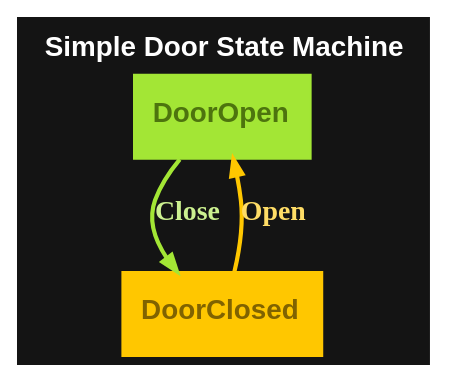
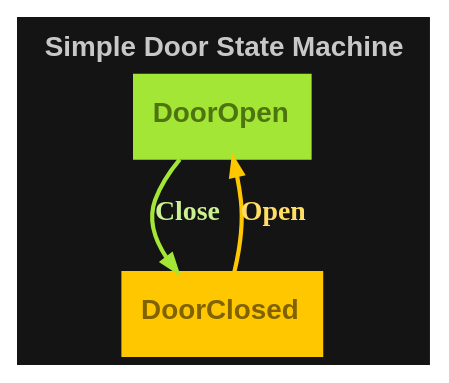
Before and after one commit to m-bock/purescript-transit: the diagram in graphs/simple-door-dark.dot, drawn with Graphviz. The commit also changed 16 other files, not shown here.

Commit message:
Update README for improved clarity and consistency, enhancing descriptions of state machines and examples. Add new images and refine existing content to better illustrate concepts. Adjust graph themes for better visual representation in documentation.

```diff
--- a/graphs/simple-door-dark.dot
+++ b/graphs/simple-door-dark.dot
@@ -1,8 +1,8 @@
 digraph 
 {
-rankdir = "TD";fontname = "Arial";label = <<b>Simple Door State Machine</b>>;labelloc = "t";fontsize = 12;bgcolor = "#141414";color = "#ffffff";fontcolor = "#ffffff"
+rankdir = "TD";fontname = "Arial";label = <<b>Simple Door State Machine</b>>;labelloc = "t";fontsize = 12;bgcolor = "#141414";color = "#c8c8c8";fontcolor = "#c8c8c8"
 DoorOpen [shape = "box", label = <<b>DoorOpen</b>>, fontsize = 12, style = "filled", fillcolor = "#a3e635", fontcolor = "#4d740e", color = "#a3e635", fontname = "Arial", labelloc = "c", penwidth = 1.0]
 DoorOpen -> DoorClosed [color = "#a3e635", fontcolor = "#ccf190", fontsize = 12, arrowsize = "0.7", label = <<b>Close</b>>, penwidth = 1.8]
 DoorClosed [shape = "box", label = <<b>DoorClosed</b>>, fontsize = 12, style = "filled", fillcolor = "#ffc700", fontcolor = "#806300", color = "#ffc700", fontname = "Arial", labelloc = "c", penwidth = 1.0]
 DoorClosed -> DoorOpen [color = "#ffc700", fontcolor = "#ffdd66", fontsize = 12, arrowsize = "0.7", label = <<b>Open</b>>, penwidth = 1.8]
 }
```
